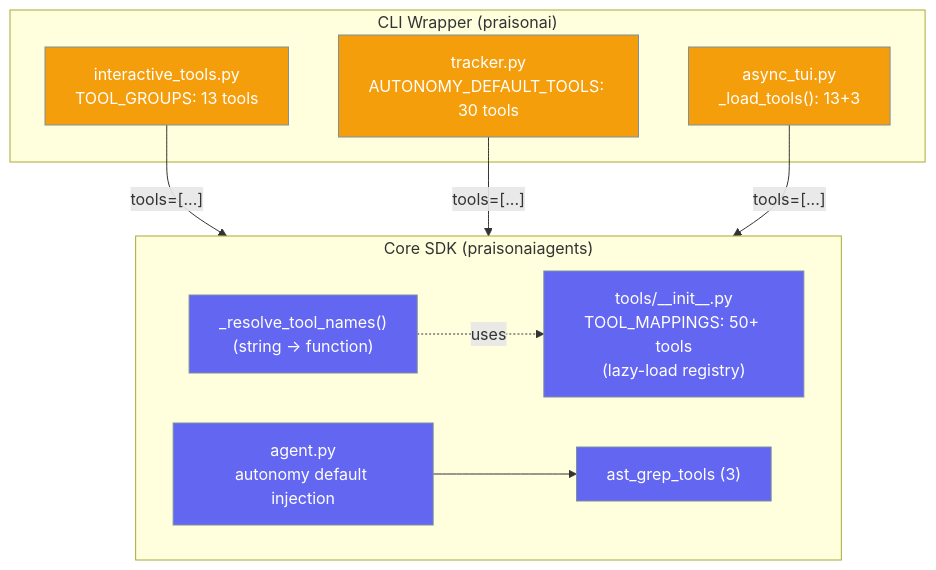
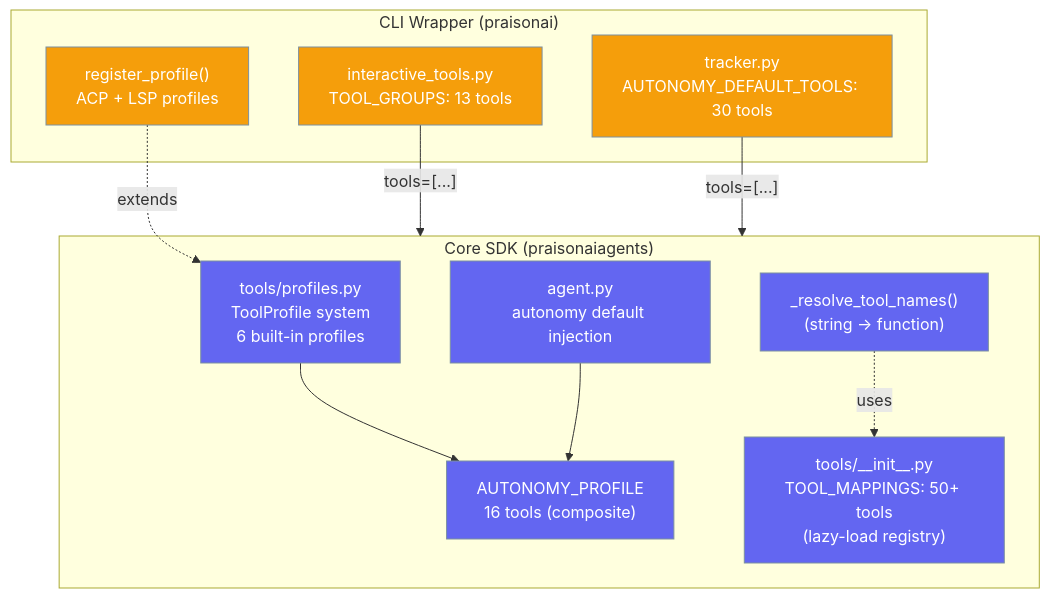
The third of 3 diagrams in docs/concepts/autonomy-vs-interactive.mdx (MervinPraison/PraisonAIDocs), drawn with Mermaid before and after one commit. The commit also changed other lines of this file and 4 other files, not shown here.

First line of the commit message:
Update autonomy-vs-interactive concept, tools concept, autonomy-loop feature, and tools documentation

````diff
--- a/docs/concepts/autonomy-vs-interactive.mdx
+++ b/docs/concepts/autonomy-vs-interactive.mdx
@@ -102,27 +102,29 @@
 ```mermaid
 graph TB
     subgraph SDK["Core SDK (praisonaiagents)"]
+        PROFILES["tools/profiles.py<br/>ToolProfile system<br/>6 built-in profiles"]
+        AUTONOMY["AUTONOMY_PROFILE<br/>16 tools (composite)"]
         MAPPINGS["tools/__init__.py<br/>TOOL_MAPPINGS: 50+ tools<br/>(lazy-load registry)"]
         INJECT["agent.py<br/>autonomy default injection"]
-        AST["ast_grep_tools (3)"]
         RESOLVE["_resolve_tool_names()<br/>(string → function)"]
-        INJECT --> AST
+        PROFILES --> AUTONOMY
+        INJECT --> AUTONOMY
         RESOLVE -.->|"uses"| MAPPINGS
     end
 
     subgraph WRAPPER["CLI Wrapper (praisonai)"]
         IT["interactive_tools.py<br/>TOOL_GROUPS: 13 tools"]
         TK["tracker.py<br/>AUTONOMY_DEFAULT_TOOLS: 30 tools"]
-        ATUI["async_tui.py<br/>_load_tools(): 13+3"]
+        REG["register_profile()<br/>ACP + LSP profiles"]
     end
 
     IT -->|"tools=[...]"| SDK
     TK -->|"tools=[...]"| SDK
-    ATUI -->|"tools=[...]"| SDK
+    REG -.->|"extends"| PROFILES
 
     classDef sdk fill:#6366F1,stroke:#7C90A0,color:#fff
     classDef wrap fill:#F59E0B,stroke:#7C90A0,color:#fff
 
-    class MAPPINGS,INJECT,AST,RESOLVE sdk
-    class IT,TK,ATUI wrap
+    class PROFILES,AUTONOMY,MAPPINGS,INJECT,RESOLVE sdk
+    class IT,TK,REG wrap
 ```
````
